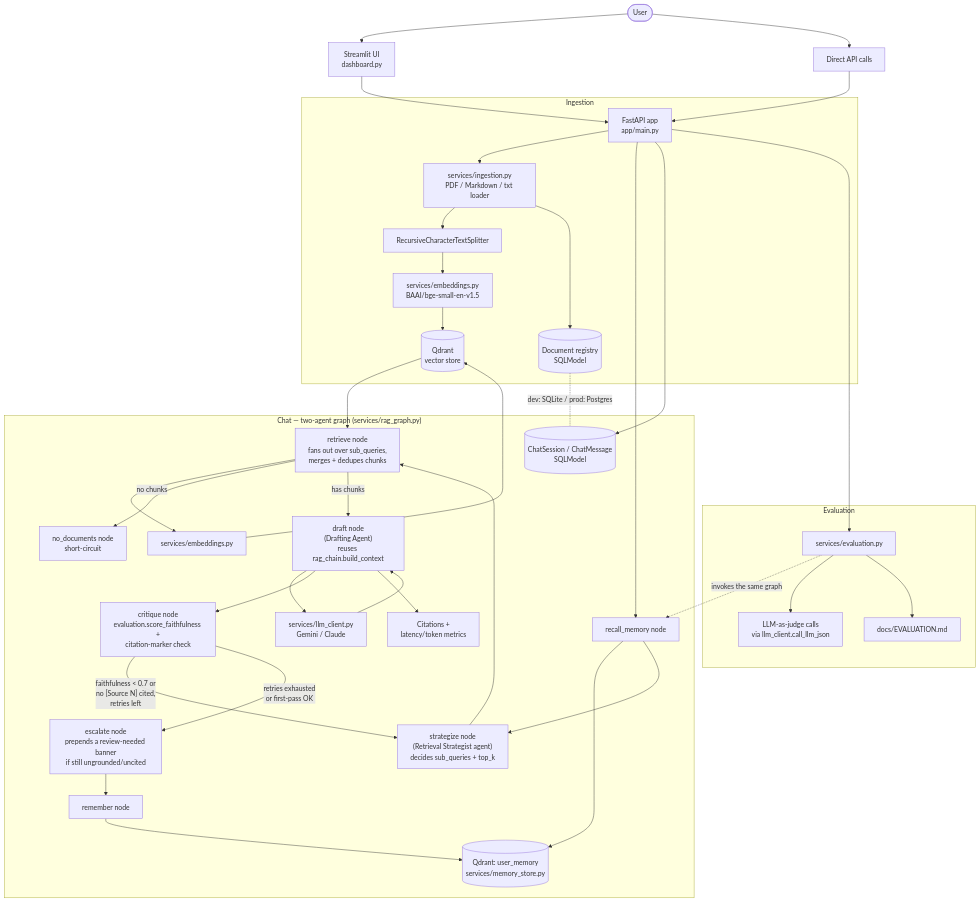
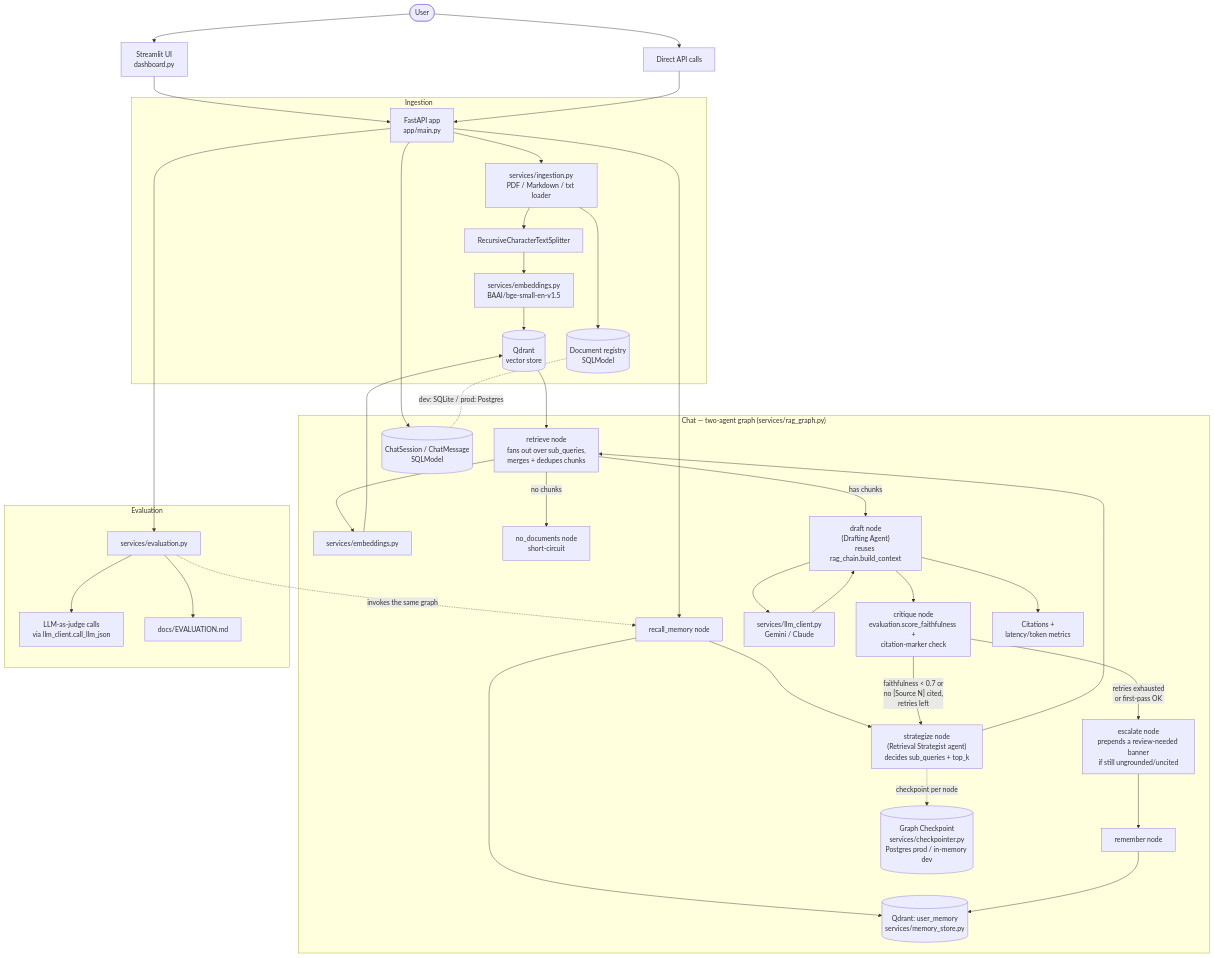
The diagram in docs/ARCHITECTURE.md (vishnu0529/enterprise-rag-assistant), drawn with Mermaid before and after one commit. The commit also changed other lines of this file and 7 other files, not shown here.

````diff
--- a/docs/ARCHITECTURE.md
+++ b/docs/ARCHITECTURE.md
@@ -5,45 +5,46 @@
 ```mermaid
 flowchart TD
     User([User]) --> UI[Streamlit UI<br/>dashboard.py]
     User --> API_direct[Direct API calls]
     UI --> API[FastAPI app<br/>app/main.py]
     API_direct --> API
 
     subgraph Ingestion
         API --> Ingest[services/ingestion.py<br/>PDF / Markdown / txt loader]
         Ingest --> Chunk[RecursiveCharacterTextSplitter]
         Chunk --> Embed1[services/embeddings.py<br/>BAAI/bge-small-en-v1.5]
         Embed1 --> Qdrant[(Qdrant<br/>vector store)]
         Ingest --> DocDB[(Document registry<br/>SQLModel)]
     end
 
     subgraph "Chat — two-agent graph (services/rag_graph.py)"
         API --> RecallMem[recall_memory node]
         RecallMem --> UserMem[(Qdrant: user_memory<br/>services/memory_store.py)]
         RecallMem --> Strategize["strategize node<br/>(Retrieval Strategist agent)<br/>decides sub_queries + top_k"]
         Strategize --> Retrieve["retrieve node<br/>fans out over sub_queries,<br/>merges + dedupes chunks"]
         Retrieve --> Embed2[services/embeddings.py]
         Embed2 --> Qdrant
         Qdrant --> Retrieve
         Retrieve -->|no chunks| NoDocs[no_documents node<br/>short-circuit]
         Retrieve -->|has chunks| Draft["draft node<br/>(Drafting Agent)<br/>reuses rag_chain.build_context"]
         Draft --> LLM[services/llm_client.py<br/>Gemini / Claude]
         LLM --> Draft
         Draft --> Critique["critique node<br/>evaluation.score_faithfulness +<br/>citation-marker check"]
         Critique -->|"faithfulness < 0.7 or<br/>no [Source N] cited,<br/>retries left"| Strategize
         Critique -->|retries exhausted<br/>or first-pass OK| Escalate["escalate node<br/>prepends a review-needed banner<br/>if still ungrounded/uncited"]
         Escalate --> Remember[remember node]
         Remember --> UserMem
+        Strategize -.checkpoint per node.-> Checkpoint[(Graph Checkpoint<br/>services/checkpointer.py<br/>Postgres prod / in-memory dev)]
         Draft --> Citations[Citations +<br/>latency/token metrics]
         API --> SessionDB[(ChatSession / ChatMessage<br/>SQLModel)]
     end
 
     subgraph Evaluation
         API --> Eval[services/evaluation.py]
         Eval -.->|invokes the same graph| RecallMem
         Eval --> Judge[LLM-as-judge calls<br/>via llm_client.call_llm_json]
         Eval --> EvalReport[docs/EVALUATION.md]
     end
 
     DocDB -.dev: SQLite / prod: Postgres.- SessionDB
 ```
````
